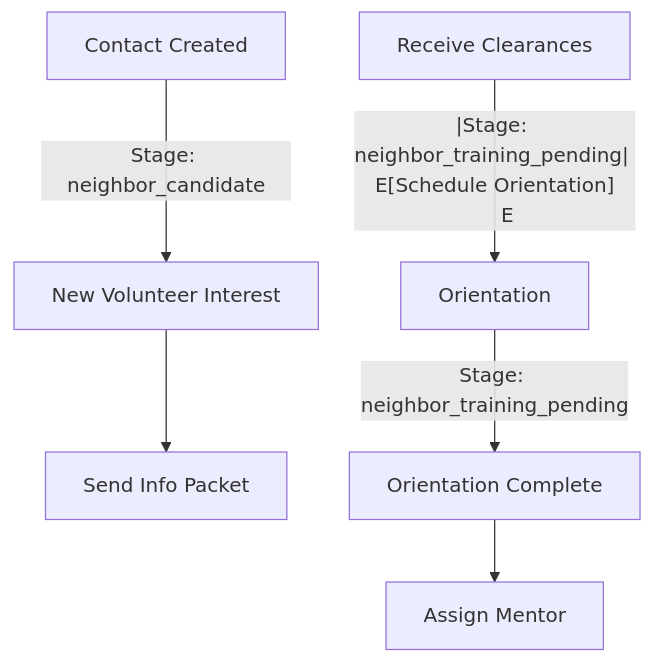
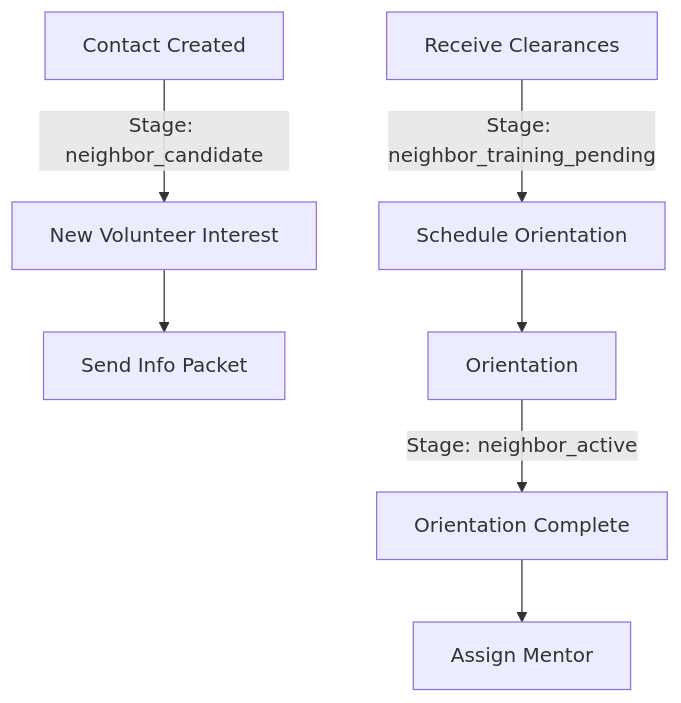
Before and after one commit to Apistolic/boh-larament: the third of 8 diagrams in app/Docs/Workflows.md, drawn with Mermaid.

````diff
--- a/app/Docs/Workflows.md
+++ b/app/Docs/Workflows.md
@@ -37,10 +37,10 @@
 ```mermaid
 flowchart TD
     %% Neighboring Volunteer Process
     A[Contact Created] -->|Stage: neighbor_candidate| B[New Volunteer Interest]
     B --> C[Send Info Packet]
-    D[Receive Clearances] -- |Stage: neighbor_training_pending| E[Schedule Orientation]
+    D[Receive Clearances] --> |Stage: neighbor_training_pending| E[Schedule Orientation]
     E --> F[Orientation]
-    F -->|Stage: neighbor_training_pending| G[Orientation Complete]
+    F -->|Stage: neighbor_active| G[Orientation Complete]
     G --> H[Assign Mentor]
 ```
````
